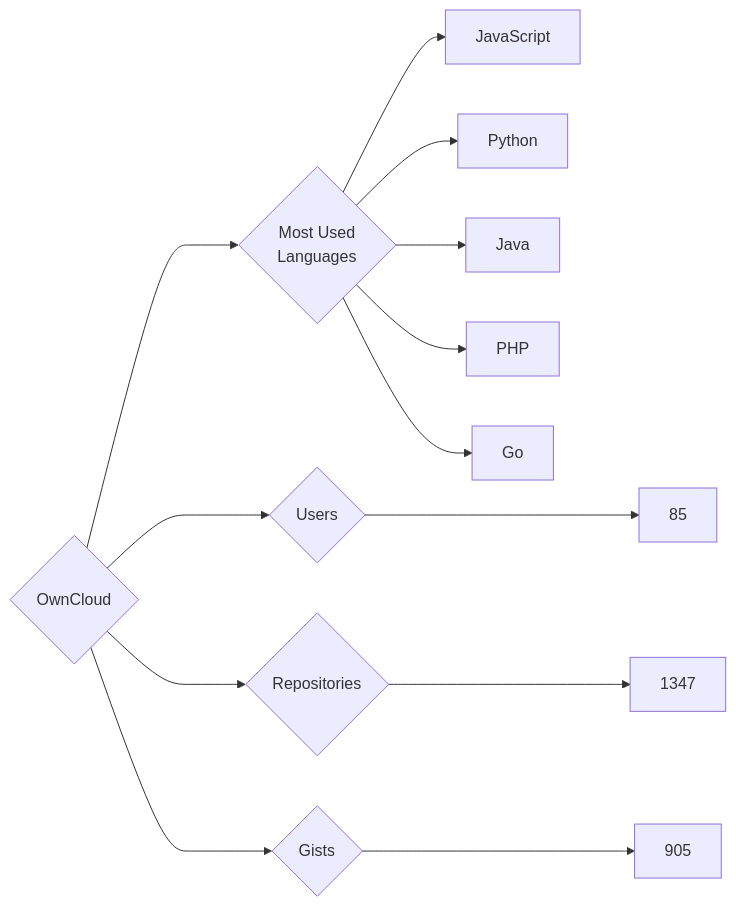
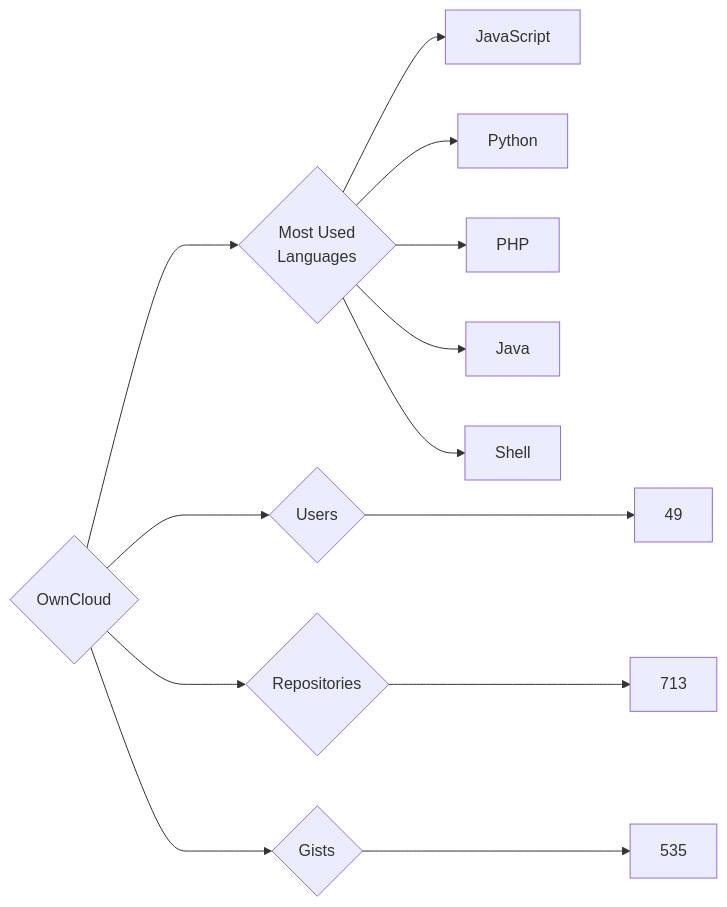
One commit to trickest/insiders changed the diagram in targets/OwnCloud/README.md. Above: the diagram before and after it, drawn with Mermaid. The commit also changed 833 other files, not shown here.

````diff
--- a/targets/OwnCloud/README.md
+++ b/targets/OwnCloud/README.md
@@ -3,13 +3,13 @@
 ```mermaid
 graph LR
 COMPANY_NAME{OwnCloud}
-COMPANY_NAME ---> U{Users} ---> UN[85]
-COMPANY_NAME ---> R{Repositories} ---> RN[1347]
-COMPANY_NAME ---> G{Gists} ---> GN[905]
+COMPANY_NAME ---> U{Users} ---> UN[49]
+COMPANY_NAME ---> R{Repositories} ---> RN[713]
+COMPANY_NAME ---> G{Gists} ---> GN[535]
 COMPANY_NAME ---> ML{Most Used<br>Languages}
 ML --> JavaScript[JavaScript]
 ML --> Python[Python]
+ML --> PHP[PHP]
 ML --> Java[Java]
-ML --> PHP[PHP]
-ML --> Go[Go]
+ML --> Shell[Shell]
 ```
````
